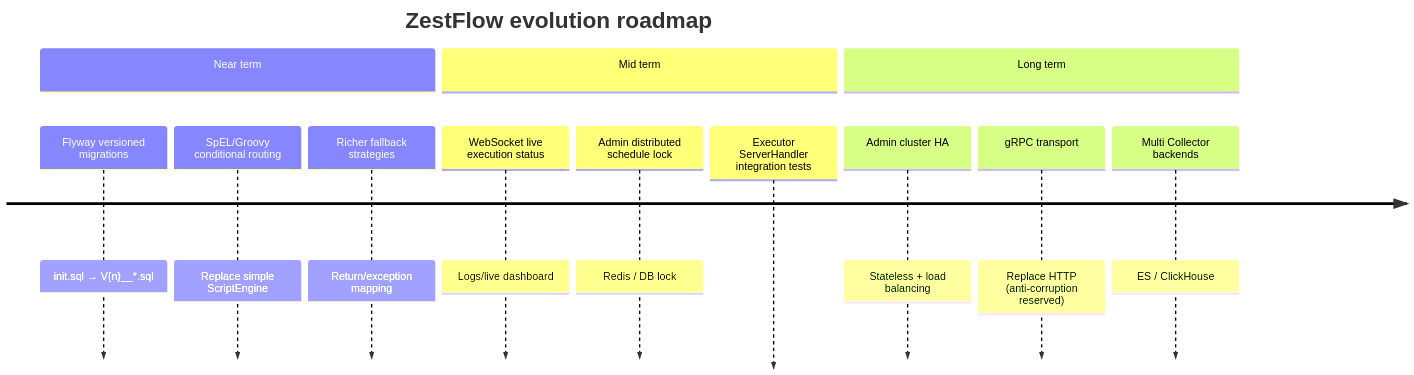
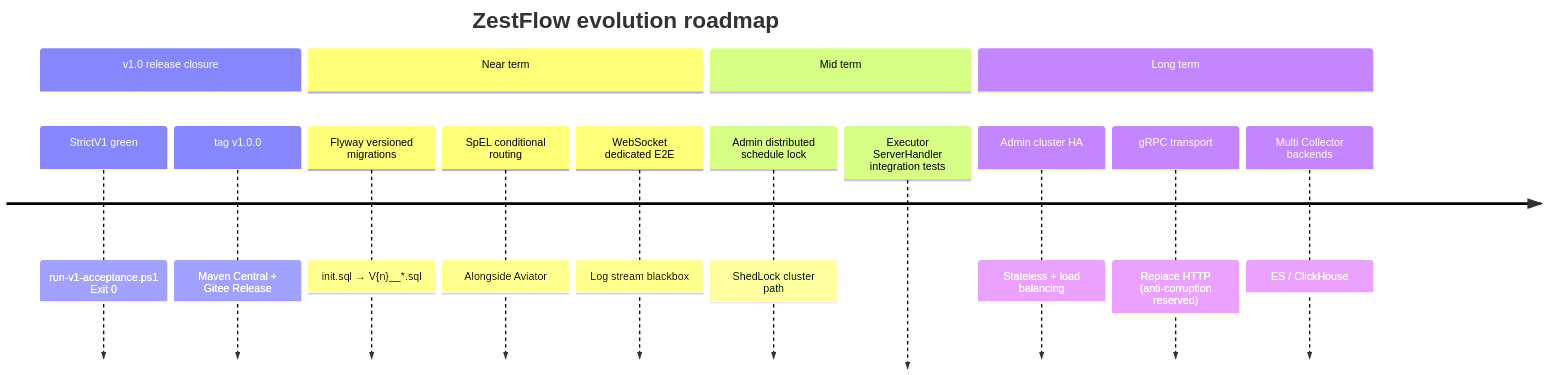
One commit to zestcc/zestflow changed diagram 38 of 38 in docs/ARCHITECTURE.en.md. Above: the diagram before and after it, drawn with Mermaid. The commit also changed other lines of this file and 9 other files, not shown here.

First line of the commit message:
docs: StrictV1 acceptance guide and 1.0 API stability

````diff
--- a/docs/ARCHITECTURE.en.md
+++ b/docs/ARCHITECTURE.en.md
@@ -1708,16 +1729,18 @@
 ```mermaid
 timeline
     title ZestFlow evolution roadmap
+    section v1.0 release closure
+        StrictV1 green : run-v1-acceptance.ps1 Exit 0
+        tag v1.0.0 : Maven Central + Gitee Release
     section Near term
         Flyway versioned migrations : init.sql → V{n}__*.sql
-        SpEL/Groovy conditional routing : Replace simple ScriptEngine
-        Richer fallback strategies : Return/exception mapping
+        SpEL conditional routing : Alongside Aviator
+        WebSocket dedicated E2E : Log stream blackbox
     section Mid term
-        WebSocket live execution status : Logs/live dashboard
-        Admin distributed schedule lock : Redis / DB lock
+        Admin distributed schedule lock : ShedLock cluster path
         Executor ServerHandler integration tests
     section Long term
         Admin cluster HA : Stateless + load balancing
         gRPC transport : Replace HTTP (anti-corruption reserved)
         Multi Collector backends : ES / ClickHouse
 ```
````
